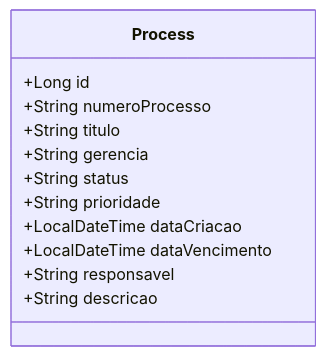
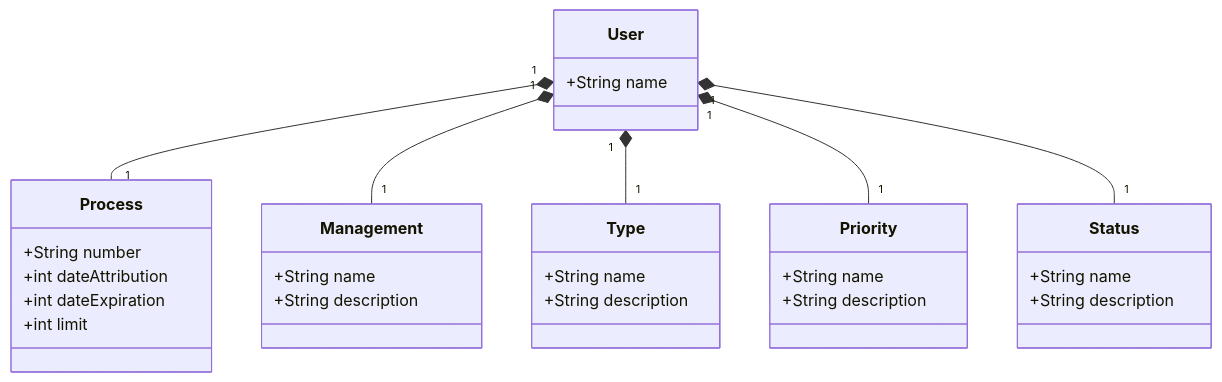
One commit to RafaeltiMoreira/control-process changed the diagram in README.md. Above: the diagram before and after it, drawn with Mermaid. The commit also changed other lines of this file, not shown here.

````diff
--- a/README.md
+++ b/README.md
@@ -6,15 +6,41 @@
 ```mermaid
+
 classDiagram
-    class Process {
-        +Long id
-        +String numeroProcesso
-        +String titulo
-        +String gerencia
-        +String status
-        +String prioridade
-        +LocalDateTime dataCriacao
-        +LocalDateTime dataVencimento
-        +String responsavel
-        +String descricao
-    }
+  class User {
+    +String name
+  }
+
+  class Process {
+    +String number
+    +int dateAttribution
+    +int dateExpiration
+    +int limit
+  }
+
+  class Management {
+    +String name
+    +String description
+  }
+
+  class Type {
+    +String name
+    +String description
+  }
+
+  class Priority {
+    +String name
+    +String description
+  }
+
+  class Status {
+    +String name
+    +String description
+  }
+
+  User "1" *-- "1" Process
+  User "1" *-- "1" Management
+  User "1" *-- "1" Type
+  User "1" *-- "1" Priority
+  User "1" *-- "1" Status
+
 ```
````
